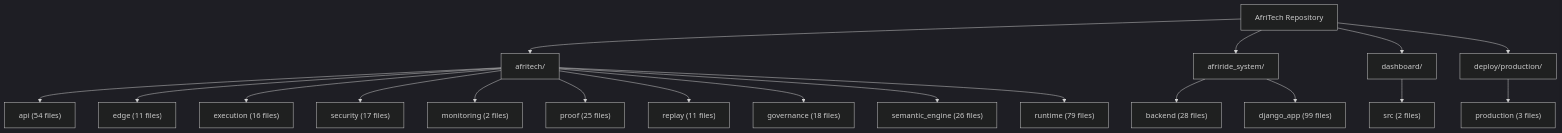
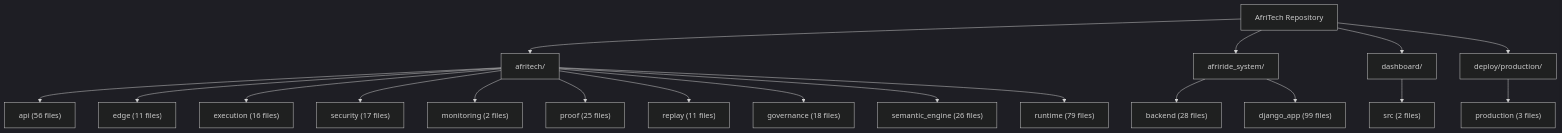
Before and after one commit to Strelly2023/afritelematics: the second of 2 diagrams in docs/architecture/AFRITECH_FULL_ARCHITECTURE_GRAPH.md, drawn with Mermaid (dark theme). The commit also changed other lines of this file and 11 other files, not shown here.

````diff
--- a/docs/architecture/AFRITECH_FULL_ARCHITECTURE_GRAPH.md
+++ b/docs/architecture/AFRITECH_FULL_ARCHITECTURE_GRAPH.md
@@ -64,23 +64,23 @@
 ```mermaid
 flowchart TD
     Root["AfriTech Repository"] --> Core["afritech/"]
     Root --> Ride["afriride_system/"]
     Root --> Ui["dashboard/"]
     Root --> Deploy["deploy/production/"]
 
-    Core --> Api["api (54 files)"]
+    Core --> Api["api (56 files)"]
     Core --> Edge["edge (11 files)"]
     Core --> Execution["execution (16 files)"]
     Core --> Security["security (17 files)"]
     Core --> Monitoring["monitoring (2 files)"]
     Core --> Proof["proof (25 files)"]
     Core --> Replay["replay (11 files)"]
     Core --> Governance["governance (18 files)"]
     Core --> Semantic["semantic_engine (26 files)"]
     Core --> Runtime["runtime (79 files)"]
 
     Ride --> Backend["backend (28 files)"]
     Ride --> Django["django_app (99 files)"]
     Ui --> Dashboard["src (2 files)"]
     Deploy --> Production["production (3 files)"]
 ```
````
